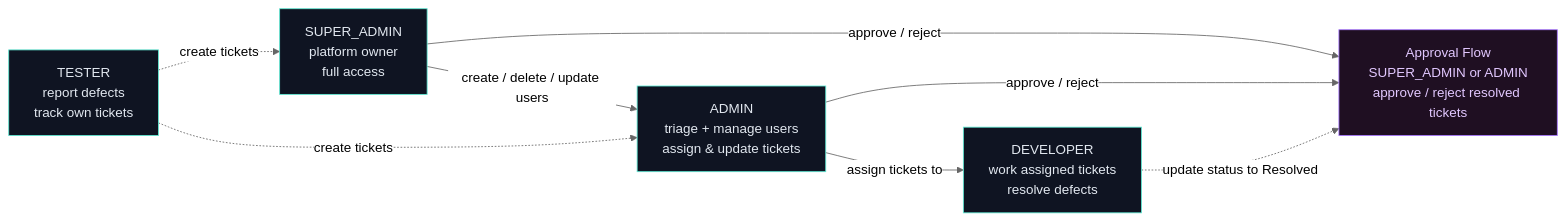
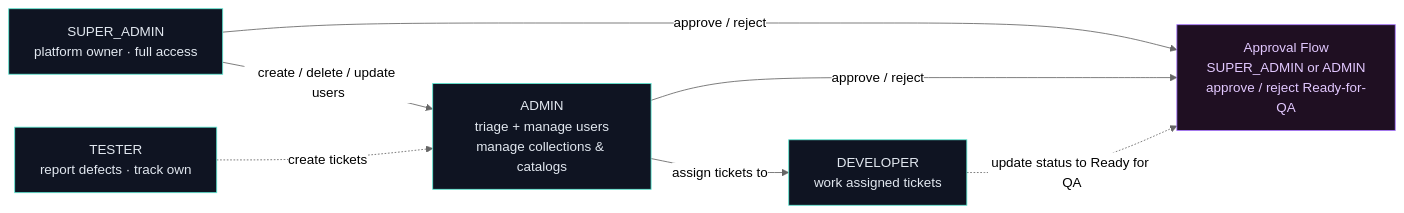
The third of 6 diagrams in README.md (Asciente-rks/service-ticket-system), drawn with Mermaid (neutral theme) before and after one commit. The commit also changed other lines of this file, not shown here.

First line of the commit message:
docs: rewrite README for current NexusTrack architecture

````diff
--- a/README.md
+++ b/README.md
@@ -96,21 +130,20 @@
 ```mermaid
 flowchart LR
-    super["SUPER_ADMIN<br/>platform owner<br/>full access"]
-    admin["ADMIN<br/>triage + manage users<br/>assign & update tickets"]
-    dev["DEVELOPER<br/>work assigned tickets<br/>resolve defects"]
-    tester["TESTER<br/>report defects<br/>track own tickets"]
-    approval["Approval Flow<br/>SUPER_ADMIN or ADMIN<br/>approve / reject resolved tickets"]
+    super["SUPER_ADMIN<br/>platform owner · full access"]
+    admin["ADMIN<br/>triage + manage users<br/>manage collections & catalogs"]
+    dev["DEVELOPER<br/>work assigned tickets"]
+    tester["TESTER<br/>report defects · track own"]
+    approval["Approval Flow<br/>SUPER_ADMIN or ADMIN<br/>approve / reject Ready-for-QA"]
 
     super -->|create / delete / update users| admin
     super -->|approve / reject| approval
     admin -->|assign tickets to| dev
     admin -->|approve / reject| approval
-    tester -.create tickets.-> super
     tester -.create tickets.-> admin
-    dev -.update status to Resolved.-> approval
+    dev -.update status to Ready for QA.-> approval
 
     classDef tier fill:#0f1422,stroke:#5eead4,color:#e2e8f0
     classDef flow fill:#1f0f22,stroke:#a978ff,color:#e2c8ff
     class super,admin,dev,tester tier
     class approval flow
 ```
````
